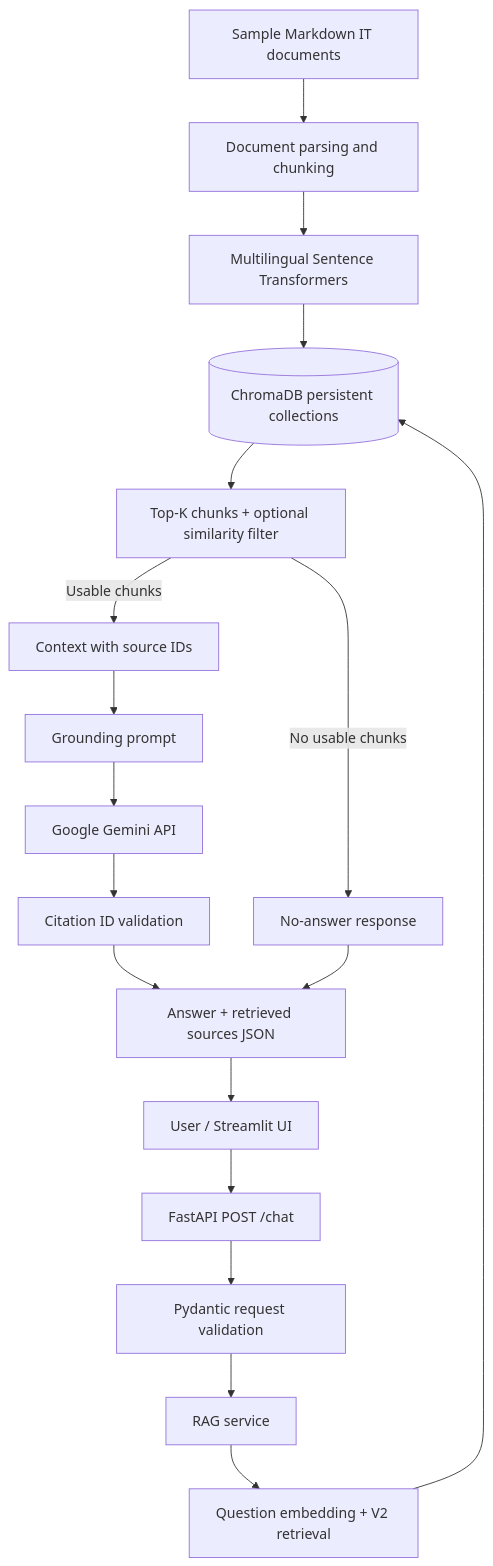
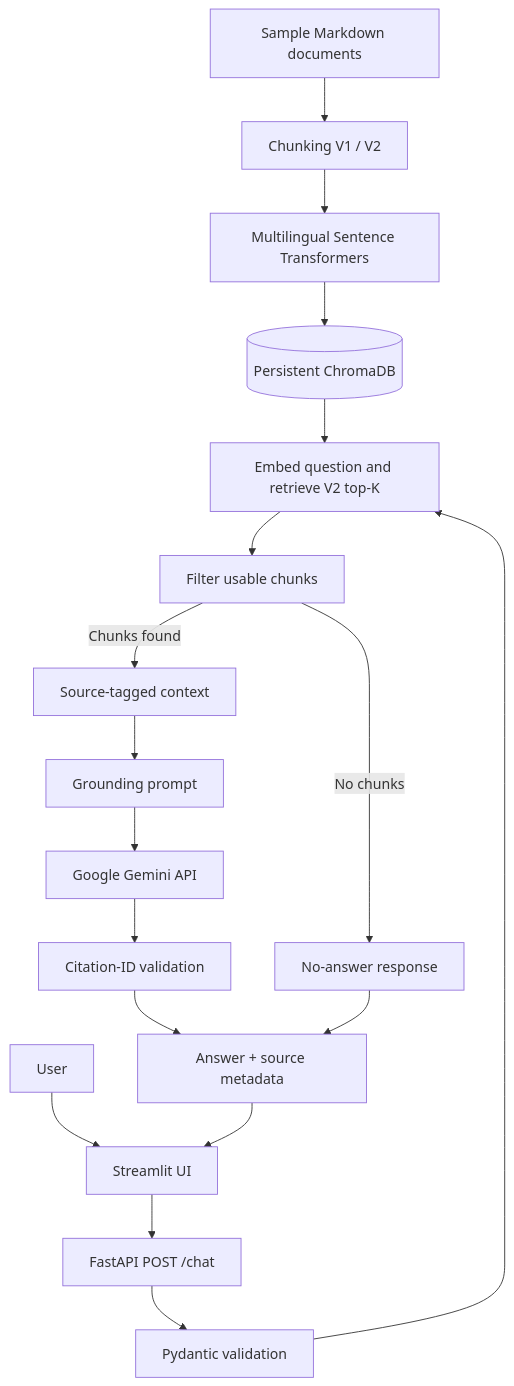
The diagram in README.md (bryandhpir/enterprise-ai-knowledge-assistant), drawn with Mermaid before and after one commit. The commit also changed other lines of this file, not shown here.

````diff
--- a/README.md
+++ b/README.md
@@ -25,21 +27,21 @@
 ```mermaid
 flowchart TD
-    D[Sample Markdown IT documents] --> P[Document parsing and chunking]
-    P --> E[Multilingual Sentence Transformers]
-    E --> DB[(ChromaDB persistent collections)]
+    Docs[Sample Markdown documents] --> Chunk[Chunking V1 / V2]
+    Chunk --> Embed[Multilingual Sentence Transformers]
+    Embed --> DB[(Persistent ChromaDB)]
 
-    U[User / Streamlit UI] --> API[FastAPI POST /chat]
-    API --> V[Pydantic request validation]
-    V --> R[RAG service]
-    R --> Q[Question embedding + V2 retrieval]
-    Q --> DB
-    DB --> F[Top-K chunks + optional similarity filter]
-    F -->|No usable chunks| N[No-answer response]
-    F -->|Usable chunks| C[Context with source IDs]
-    C --> T[Grounding prompt]
-    T --> G[Google Gemini API]
-    G --> X[Citation ID validation]
-    X --> O[Answer + retrieved sources JSON]
-    N --> O
-    O --> U
+    User[User] --> UI[Streamlit UI]
+    UI --> API[FastAPI POST /chat]
+    API --> Valid[Pydantic validation]
+    Valid --> Retrieve[Embed question and retrieve V2 top-K]
+    DB --> Retrieve
+    Retrieve --> Filter[Filter usable chunks]
+    Filter -->|No chunks| Fallback[No-answer response]
+    Filter -->|Chunks found| Context[Source-tagged context]
+    Context --> Prompt[Grounding prompt]
+    Prompt --> Gemini[Google Gemini API]
+    Gemini --> Citations[Citation-ID validation]
+    Citations --> Output[Answer + source metadata]
+    Fallback --> Output
+    Output --> UI
 ```
````
